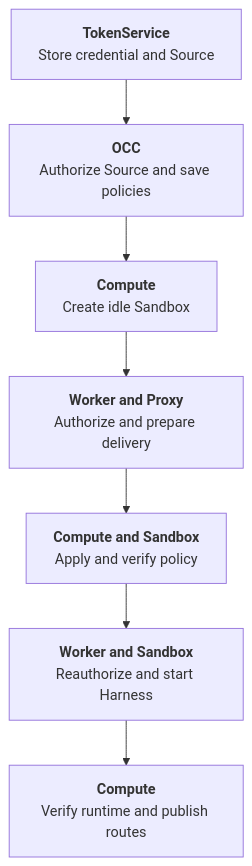
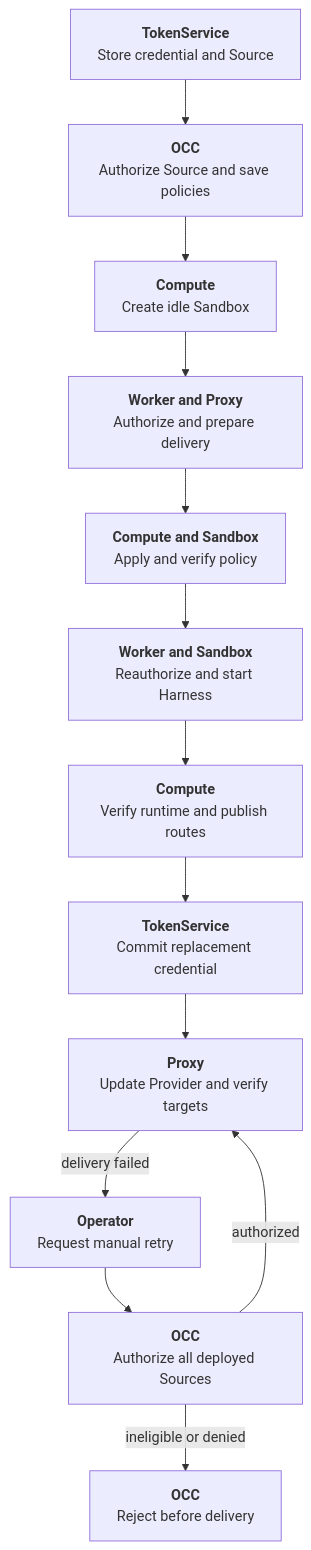
The diagram in docs/flows/credential-source-lifecycle.md (openclaw/openclaw-enterprise), drawn with Mermaid before and after one commit. The commit also changed other lines of this file and 14 other files, not shown here.

Commit message:
Implement manual Agent credential delivery retry

````diff
--- a/docs/flows/credential-source-lifecycle.md
+++ b/docs/flows/credential-source-lifecycle.md
@@ -23,9 +23,15 @@
 ```mermaid
 graph TD
   Register["<b>TokenService</b><br/>Store credential and Source"] --> Admit["<b>OCC</b><br/>Authorize Source and save policies"]
   Admit --> Target["<b>Compute</b><br/>Create idle Sandbox"]
   Target --> Delivery["<b>Worker and Proxy</b><br/>Authorize and prepare delivery"]
   Delivery --> Ready["<b>Compute and Sandbox</b><br/>Apply and verify policy"]
   Ready --> Activate["<b>Worker and Sandbox</b><br/>Reauthorize and start Harness"]
   Activate --> Traffic["<b>Compute</b><br/>Verify runtime and publish routes"]
+  Traffic --> Update["<b>TokenService</b><br/>Commit replacement credential"]
+  Update --> Notify["<b>Proxy</b><br/>Update Provider and verify targets"]
+  Notify -->|delivery failed| Retry["<b>Operator</b><br/>Request manual retry"]
+  Retry --> Preflight["<b>OCC</b><br/>Authorize all deployed Sources"]
+  Preflight -->|authorized| Notify
+  Preflight -->|ineligible or denied| Reject["<b>OCC</b><br/>Reject before delivery"]
 ```
````
